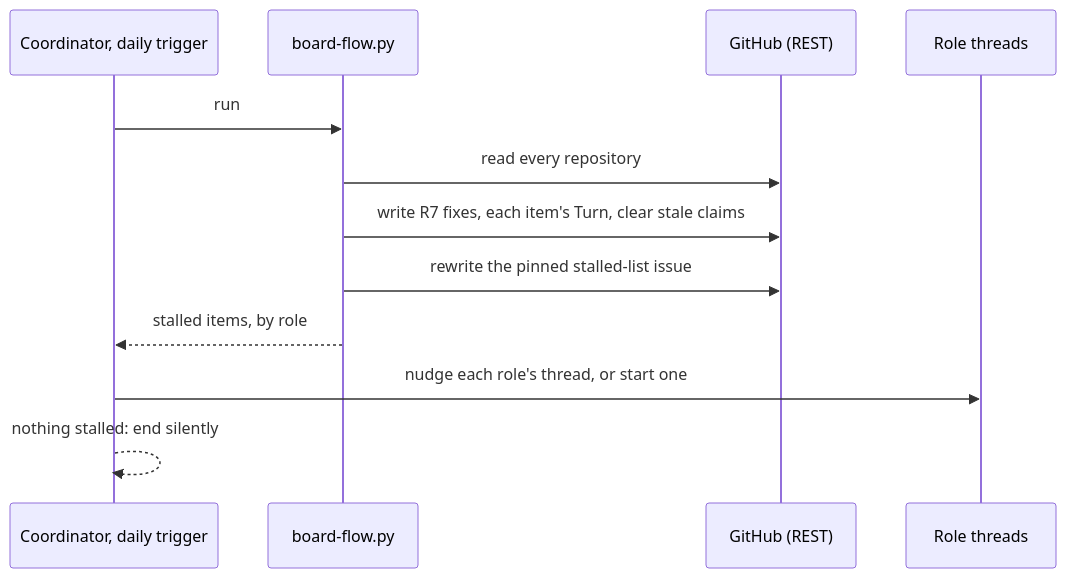
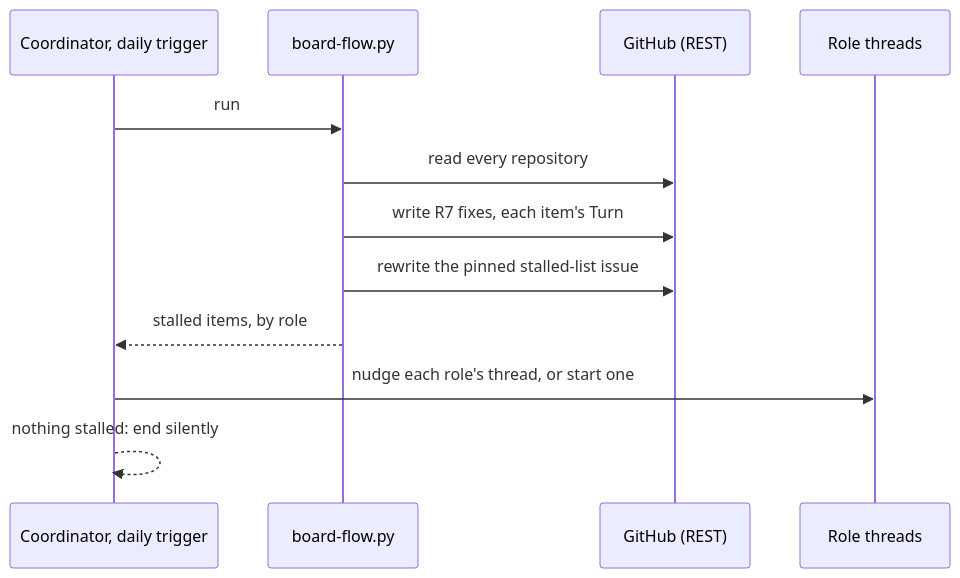
Before and after one commit to delphside/programme: the second of 2 diagrams in records/2.5-changes/process-definition/176-project-board-flow/implementation.md, drawn with Mermaid. The commit also changed other lines of this file and 3 other files, not shown here.

First line of the commit message:
Board flow: document review round 1 fixes

````diff
--- a/records/2.5-changes/process-definition/176-project-board-flow/implementation.md
+++ b/records/2.5-changes/process-definition/176-project-board-flow/implementation.md
@@ -43,14 +43,14 @@
 ```mermaid
 sequenceDiagram
     participant C as Coordinator, daily trigger
     participant B as board-flow.py
     participant G as GitHub (REST)
     participant T as Role threads
     C->>B: run
     B->>G: read every repository
-    B->>G: write R7 fixes, each item's Turn, clear stale claims
+    B->>G: write R7 fixes, each item's Turn
     B->>G: rewrite the pinned stalled-list issue
     B-->>C: stalled items, by role
     C->>T: nudge each role's thread, or start one
     C-->>C: nothing stalled: end silently
 ```
````
